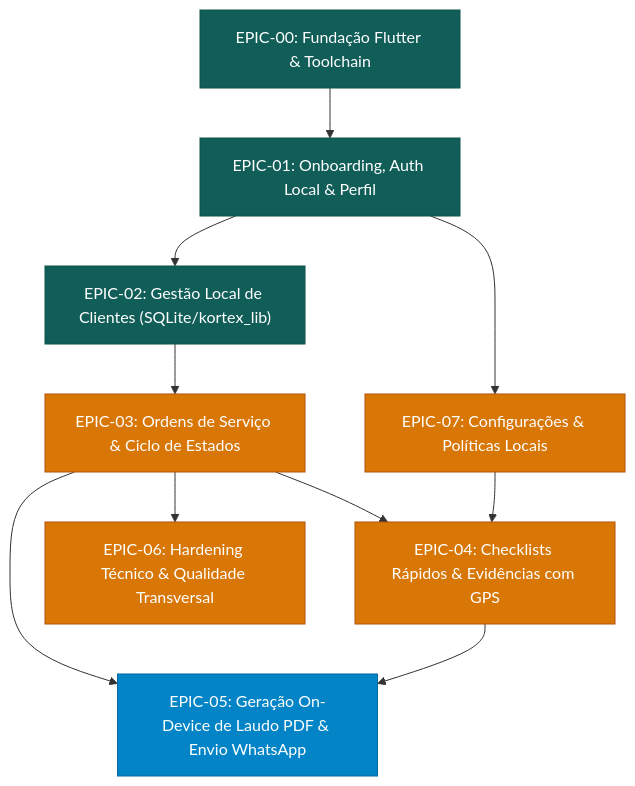
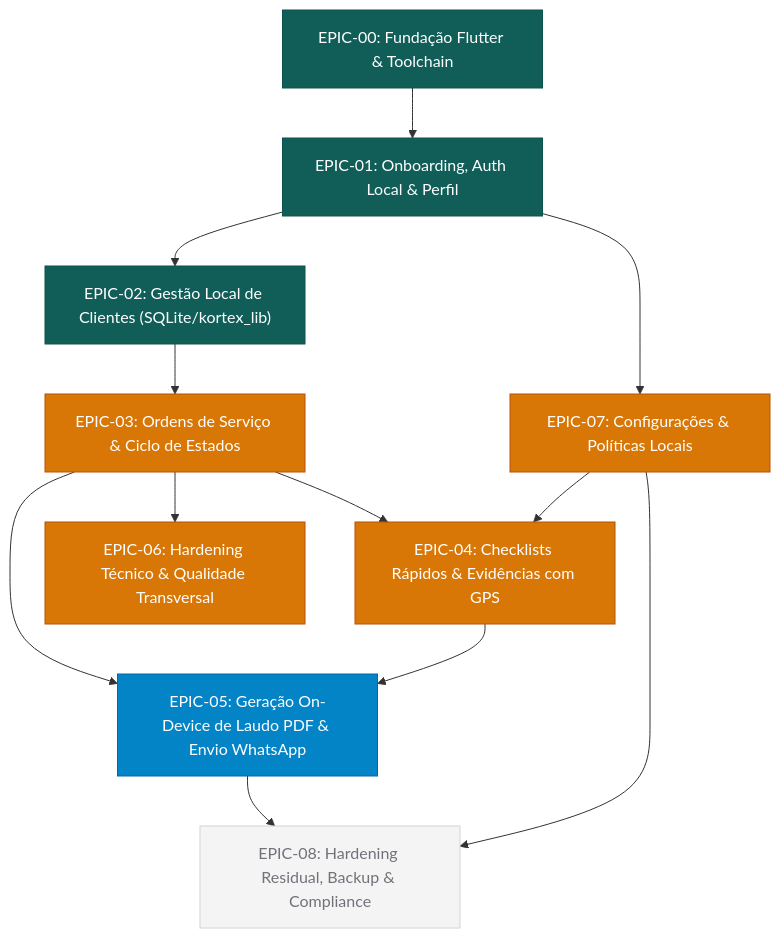
Before and after one commit to DenersonNobre/ServiceTrack: the diagram in docs/plan/README.md, drawn with Mermaid. The commit also changed other lines of this file and 23 other files, not shown here.

````diff
--- a/docs/plan/README.md
+++ b/docs/plan/README.md
@@ -28,26 +29,29 @@
 ```mermaid
 graph TD
     classDef foundation fill:#115E59,stroke:#0D524D,color:#fff;
     classDef core fill:#0284C7,stroke:#0369A1,color:#fff;
     classDef ready fill:#D97706,stroke:#B45309,color:#fff;
     classDef blocked fill:#F4F4F5,stroke:#D4D4D8,color:#71717A;
 
     EPIC00["EPIC-00: Fundação Flutter & Toolchain"]:::foundation
     EPIC01["EPIC-01: Onboarding, Auth Local & Perfil"]:::foundation
     EPIC02["EPIC-02: Gestão Local de Clientes (SQLite/kortex_lib)"]:::foundation
     EPIC03["EPIC-03: Ordens de Serviço & Ciclo de Estados"]:::ready
     EPIC04["EPIC-04: Checklists Rápidos & Evidências com GPS"]:::ready
     EPIC05["EPIC-05: Geração On-Device de Laudo PDF & Envio WhatsApp"]:::core
     EPIC06["EPIC-06: Hardening Técnico & Qualidade Transversal"]:::ready
     EPIC07["EPIC-07: Configurações & Políticas Locais"]:::ready
+    EPIC08["EPIC-08: Hardening Residual, Backup & Compliance"]:::blocked
 
     EPIC00 --> EPIC01
     EPIC01 --> EPIC02
     EPIC02 --> EPIC03
     EPIC03 --> EPIC04
     EPIC03 --> EPIC05
     EPIC04 --> EPIC05
     EPIC03 --> EPIC06
     EPIC01 --> EPIC07
     EPIC07 --> EPIC04
+    EPIC05 --> EPIC08
+    EPIC07 --> EPIC08
 ```
````
